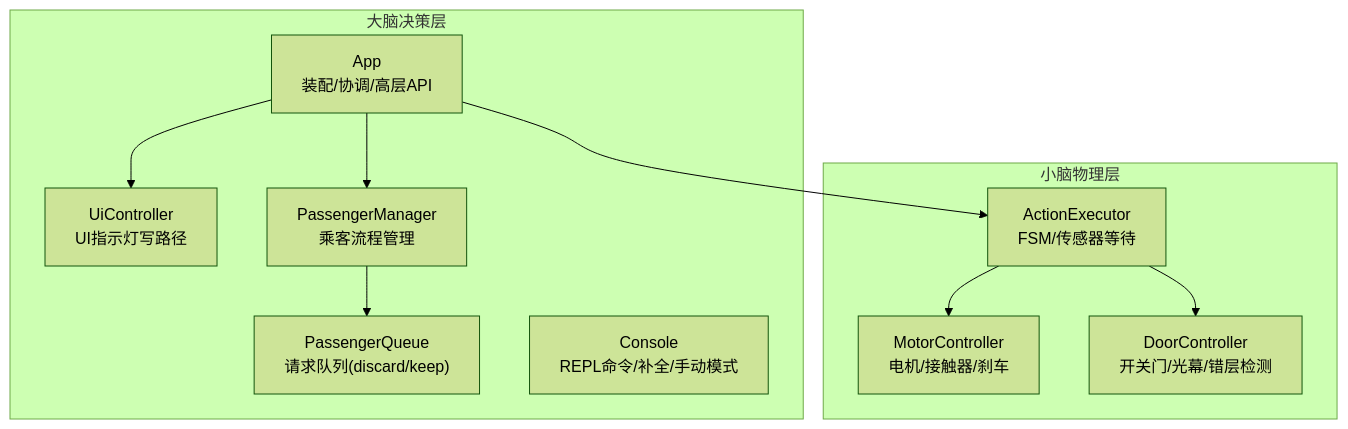
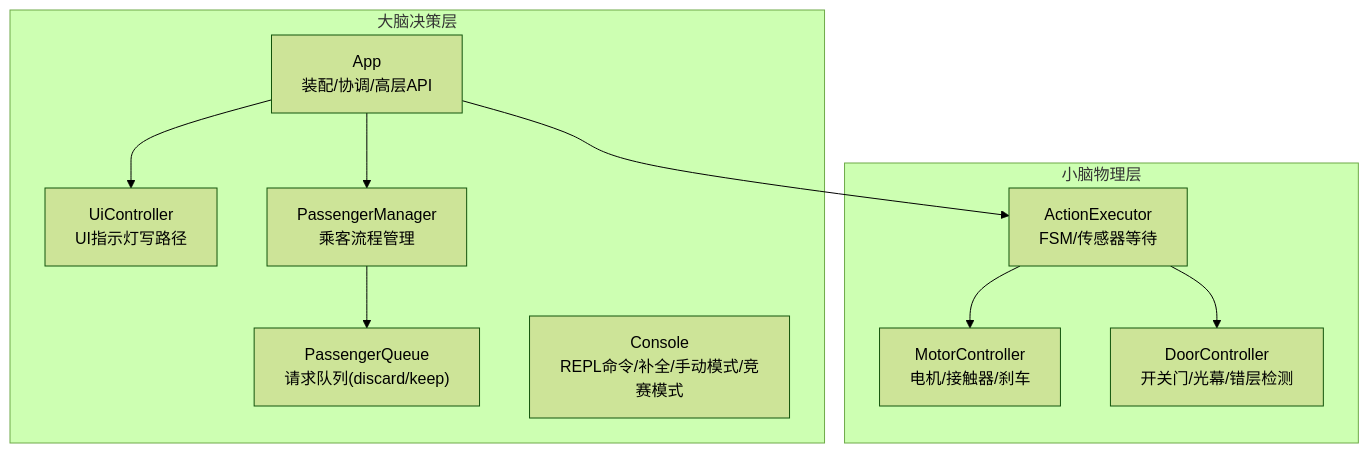
The first of 7 diagrams in .qoder/repowiki/zh/content/大脑模块.md (xmb505/Haku_EET), drawn with Mermaid (forest theme) before and after one commit. The commit also changed other lines of this file and 10 other files, not shown here.

````diff
--- a/.qoder/repowiki/zh/content/大脑模块.md
+++ b/.qoder/repowiki/zh/content/大脑模块.md
@@ -41,21 +44,21 @@
 ```mermaid
 graph TB
 subgraph "大脑决策层"
 APP["App<br/>装配/协调/高层API"]
 UI["UiController<br/>UI指示灯写路径"]
 PM["PassengerManager<br/>乘客流程管理"]
 PQ["PassengerQueue<br/>请求队列(discard/keep)"]
-CONSOLE["Console<br/>REPL命令/补全/手动模式"]
+CONSOLE["Console<br/>REPL命令/补全/手动模式/竞赛模式"]
 end
 subgraph "小脑物理层"
 EXE["ActionExecutor<br/>FSM/传感器等待"]
 MC["MotorController<br/>电机/接触器/刹车"]
 DC["DoorController<br/>开关门/光幕/错层检测"]
 end
 APP --> EXE
 APP --> UI
 APP --> PM
 PM --> PQ
 EXE --> MC
 EXE --> DC
 ```
````
